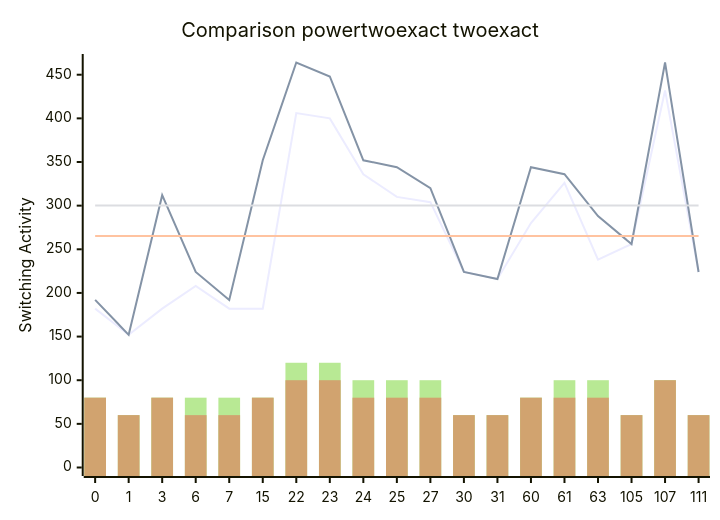
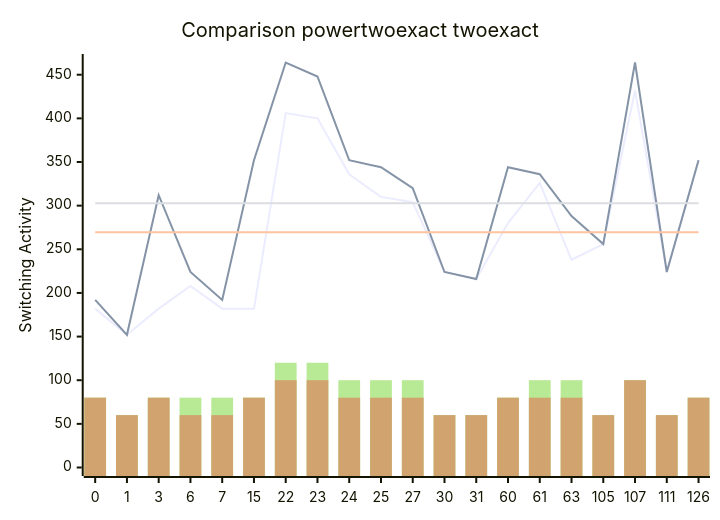
The diagram in benchmark_opt.md (FeldmeierMichael/Exact-Power-Synthesis), drawn with Mermaid before and after one commit. The commit also changed other lines of this file, not shown here.

````diff
--- a/benchmark_opt.md
+++ b/benchmark_opt.md
@@ -43,12 +45,12 @@
 ```mermaid
 xychart-beta
     title "Comparison powertwoexact twoexact"
-    x-axis [0, 1, 3, 6, 7, 15, 22, 23, 24, 25, 27, 30, 31, 60, 61, 63, 105, 107, 111]
+    x-axis [0, 1, 3, 6, 7, 15, 22, 23, 24, 25, 27, 30, 31, 60, 61, 63, 105, 107, 111, 126]
     y-axis "Switching Activity" 0-->464
-    line [182, 152, 182, 208, 182, 182, 406, 400, 336, 310, 304, 224, 216, 280, 326, 238, 256, 432, 224]
-    line [192, 152, 312, 224, 192, 352, 464, 448, 352, 344, 320, 224, 216, 344, 336, 288, 256, 464, 224]
-    line [265.2631578947368, 265.2631578947368, 265.2631578947368, 265.2631578947368, 265.2631578947368, 265.2631578947368, 265.2631578947368, 265.2631578947368, 265.2631578947368, 265.2631578947368, 265.2631578947368, 265.2631578947368, 265.2631578947368, 265.2631578947368, 265.2631578947368, 265.2631578947368, 265.2631578947368, 265.2631578947368, 265.2631578947368]
-    line [300.2105263157895, 300.2105263157895, 300.2105263157895, 300.2105263157895, 300.2105263157895, 300.2105263157895, 300.2105263157895, 300.2105263157895, 300.2105263157895, 300.2105263157895, 300.2105263157895, 300.2105263157895, 300.2105263157895, 300.2105263157895, 300.2105263157895, 300.2105263157895, 300.2105263157895, 300.2105263157895, 300.2105263157895]
-    bar [80, 60, 80, 80, 80, 80, 120, 120, 100, 100, 100, 60, 60, 80, 100, 100, 60, 100, 60]
-    bar [80, 60, 80, 60, 60, 80, 100, 100, 80, 80, 80, 60, 60, 80, 80, 80, 60, 100, 60]
+    line [182, 152, 182, 208, 182, 182, 406, 400, 336, 310, 304, 224, 216, 280, 326, 238, 256, 432, 224, 352]
+    line [192, 152, 312, 224, 192, 352, 464, 448, 352, 344, 320, 224, 216, 344, 336, 288, 256, 464, 224, 352]
+    line [269.6, 269.6, 269.6, 269.6, 269.6, 269.6, 269.6, 269.6, 269.6, 269.6, 269.6, 269.6, 269.6, 269.6, 269.6, 269.6, 269.6, 269.6, 269.6, 269.6]
+    line [302.8, 302.8, 302.8, 302.8, 302.8, 302.8, 302.8, 302.8, 302.8, 302.8, 302.8, 302.8, 302.8, 302.8, 302.8, 302.8, 302.8, 302.8, 302.8, 302.8]
+    bar [80, 60, 80, 80, 80, 80, 120, 120, 100, 100, 100, 60, 60, 80, 100, 100, 60, 100, 60, 80]
+    bar [80, 60, 80, 60, 60, 80, 100, 100, 80, 80, 80, 60, 60, 80, 80, 80, 60, 100, 60, 80]
 ```
````
